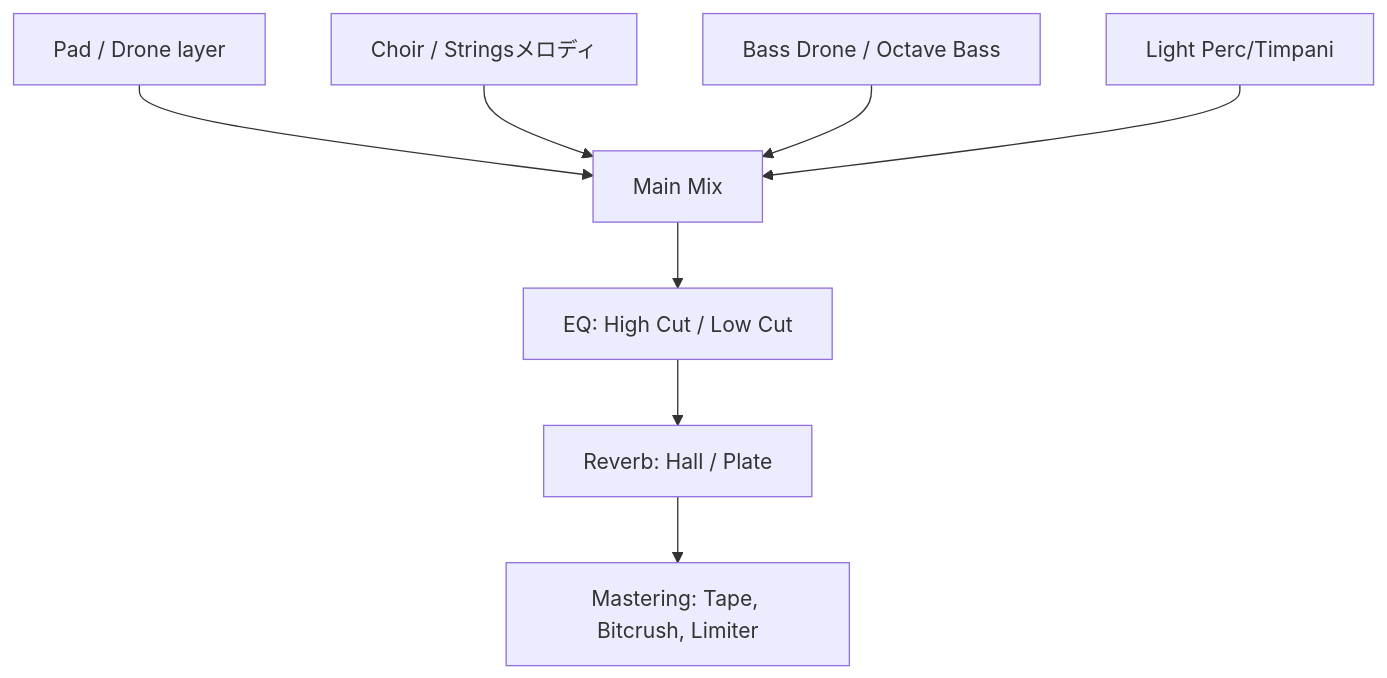
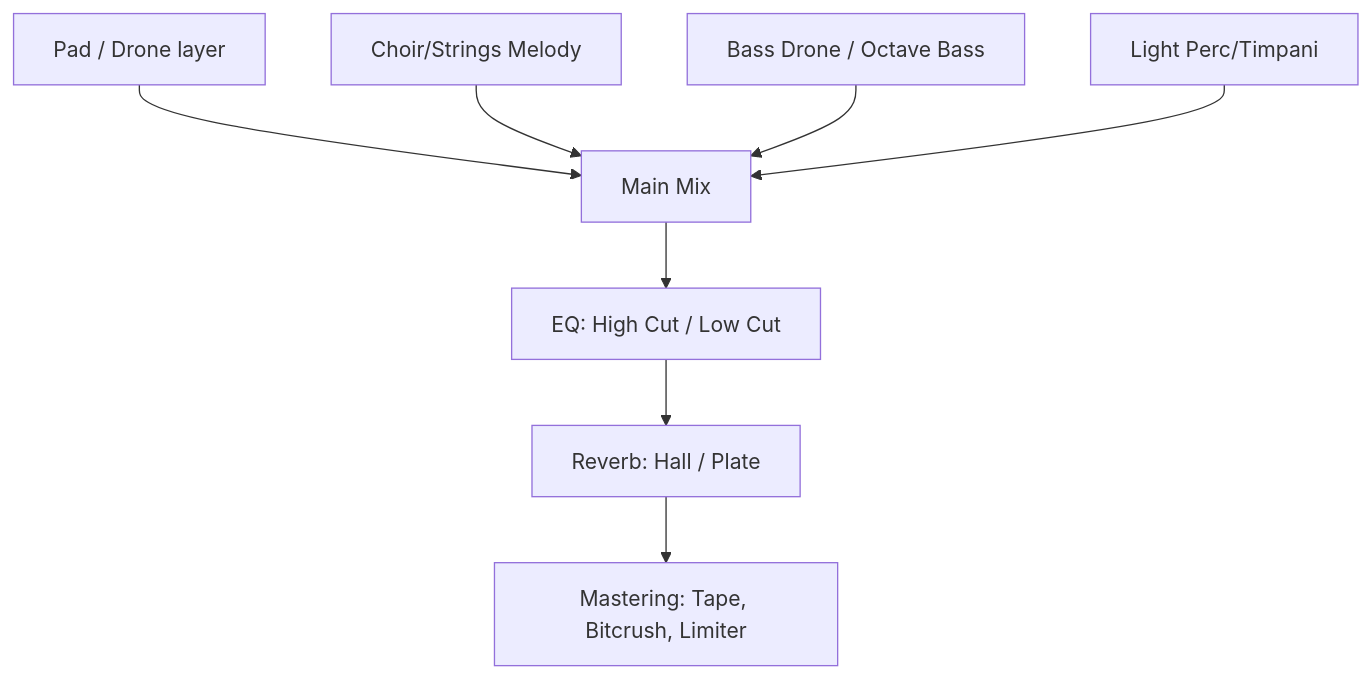
One commit to monumental-movement/monumental-movement.github.io changed the second of 2 diagrams in en/_posts/2025-12-01-column-dungeon-synth.md. Above: the diagram before and after it, drawn with Mermaid. The commit also changed other lines of this file and 422 other files, not shown here.

```diff
--- a/en/_posts/2025-12-01-column-dungeon-synth.md
+++ b/en/_posts/2025-12-01-column-dungeon-synth.md
@@ -226,10 +226,10 @@
 <div class="mermaid">
 flowchart TD
     A["Pad / Drone layer"] --> Mix["Main Mix"]
-    B["Choir / Stringsメロディ"] --> Mix
+    B["Choir/Strings Melody"] --> Mix
     C["Bass Drone / Octave Bass"] --> Mix
     D["Light Perc/Timpani"] --> Mix
     Mix --> FX1["EQ: High Cut / Low Cut"]
     FX1 --> FX2["Reverb: Hall / Plate"]
     FX2 --> Master["Mastering: Tape, Bitcrush, Limiter"]
 </div>
```
